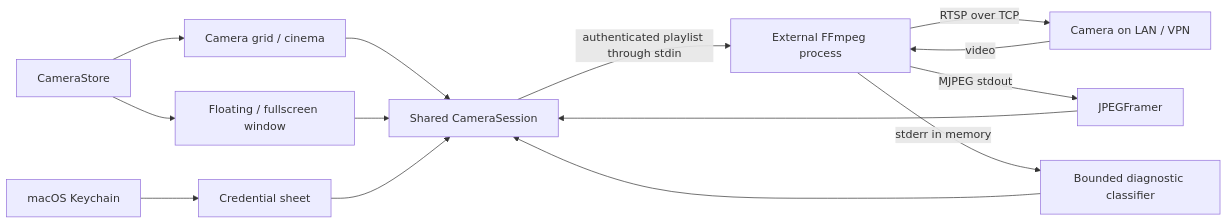
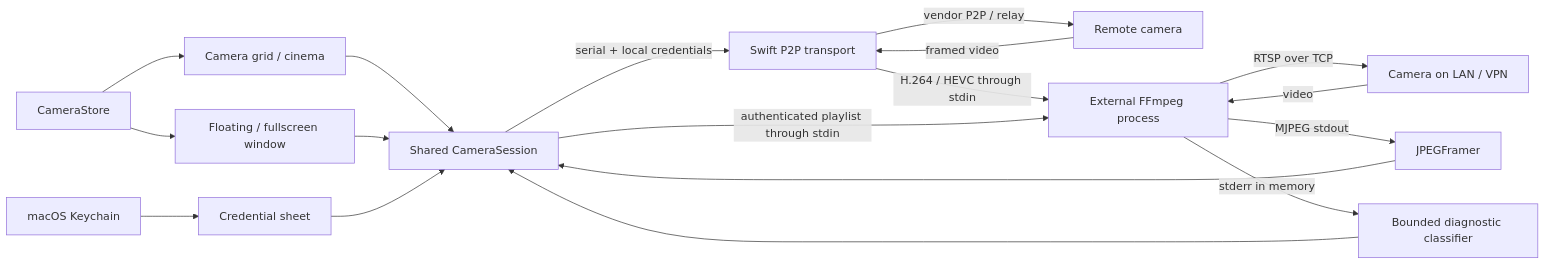
The diagram in docs/ARCHITECTURE.md (ndelanhese/reversed-engineering-icsee), drawn with Mermaid before and after one commit. The commit also changed other lines of this file and 20 other files, not shown here.

Commit message:
feat(macos): add remote camera viewing (#20)

````diff
--- a/docs/ARCHITECTURE.md
+++ b/docs/ARCHITECTURE.md
@@ -5,16 +5,20 @@
 ```mermaid
 flowchart LR
     Board[Camera grid / cinema] --> Session[Shared CameraSession]
     Popup[Floating / fullscreen window] --> Session
     Store[CameraStore] --> Board
     Store --> Popup
     Keychain[macOS Keychain] --> Credentials[Credential sheet]
     Credentials --> Session
+    Session -->|serial + local credentials| Remote[Swift P2P transport]
+    Remote -->|vendor P2P / relay| RemoteCamera[Remote camera]
+    RemoteCamera -->|framed video| Remote
+    Remote -->|H.264 / HEVC through stdin| FFmpeg
     Session -->|authenticated playlist through stdin| FFmpeg[External FFmpeg process]
     FFmpeg -->|RTSP over TCP| Camera[Camera on LAN / VPN]
     Camera -->|video| FFmpeg
     FFmpeg -->|MJPEG stdout| Parser[JPEGFramer]
     Parser --> Session
     FFmpeg -->|stderr in memory| Diagnostics[Bounded diagnostic classifier]
     Diagnostics --> Session
 ```
````
